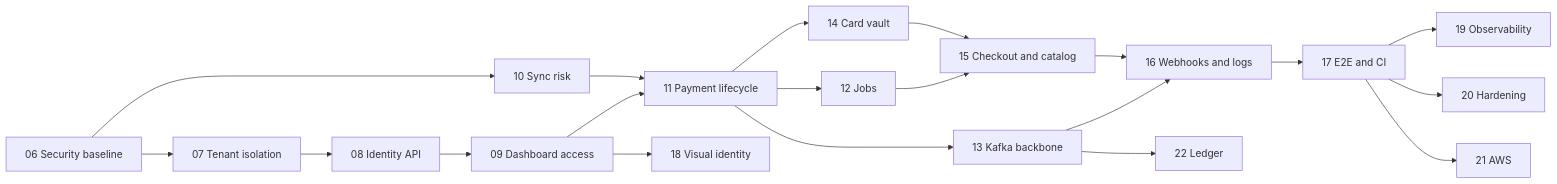
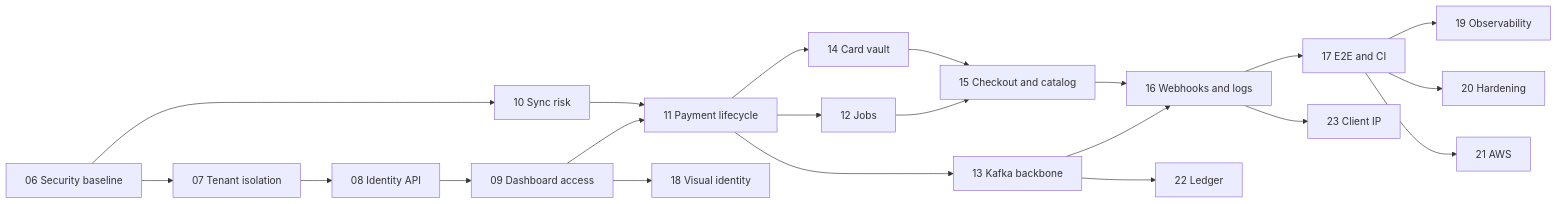
One commit to lloliveiradev/iris-gate changed the diagram in docs/roadmap.md. Above: the diagram before and after it, drawn with Mermaid. The commit also changed other lines of this file and 8 other files, not shown here.

````diff
--- a/docs/roadmap.md
+++ b/docs/roadmap.md
@@ -42,22 +43,23 @@
 ```mermaid
 flowchart LR
   P6[06 Security baseline] --> P7[07 Tenant isolation]
   P7 --> P8[08 Identity API]
   P8 --> P9[09 Dashboard access]
   P6 --> P10[10 Sync risk]
   P9 --> P11[11 Payment lifecycle]
   P10 --> P11
   P11 --> P12[12 Jobs]
   P11 --> P13[13 Kafka backbone]
   P11 --> P14[14 Card vault]
   P12 --> P15[15 Checkout and catalog]
   P14 --> P15
   P13 --> P16[16 Webhooks and logs]
   P15 --> P16
   P16 --> P17[17 E2E and CI]
   P9 --> P18[18 Visual identity]
   P17 --> P19[19 Observability]
   P17 --> P20[20 Hardening]
   P17 --> P21[21 AWS]
   P13 --> P22[22 Ledger]
+  P16 --> P23[23 Client IP]
 ```
````
